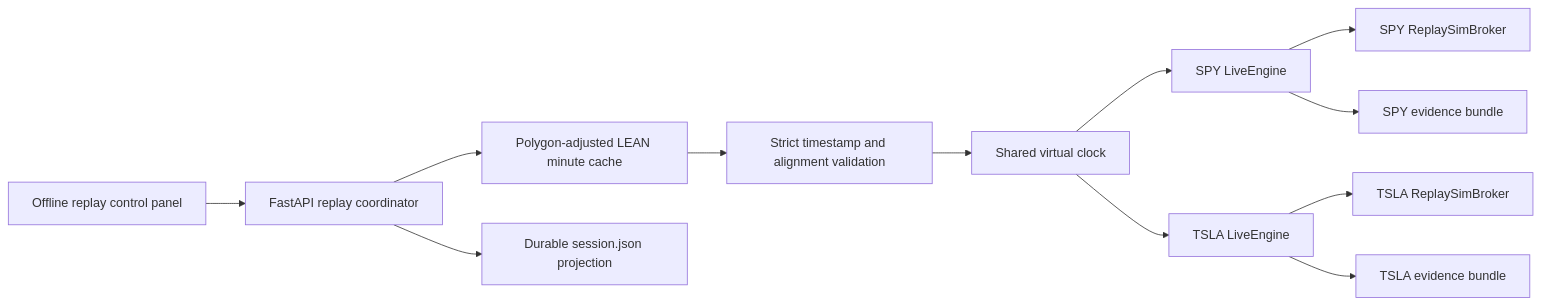
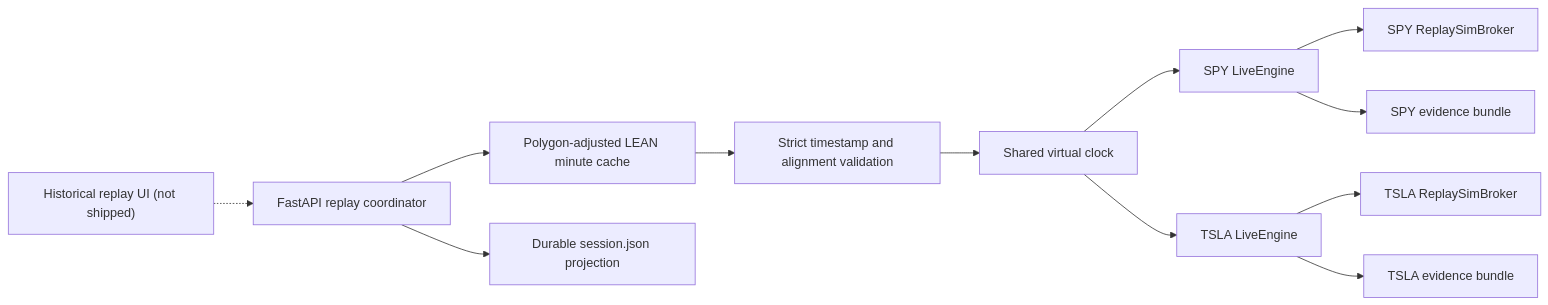
One commit to tim1016/learn-ai changed the diagram in docs/architecture/offline-market-replay.md. Above: the diagram before and after it, drawn with Mermaid.

Commit message:
clarify replay UI retirement

````diff
--- a/docs/architecture/offline-market-replay.md
+++ b/docs/architecture/offline-market-replay.md
@@ -56,14 +56,14 @@
 ```mermaid
 flowchart LR
-    C["Offline replay control panel"] --> A["FastAPI replay coordinator"]
+    C["Historical replay UI (not shipped)"] -.-> A["FastAPI replay coordinator"]
     A --> D["Polygon-adjusted LEAN minute cache"]
     D --> V["Strict timestamp and alignment validation"]
     V --> K["Shared virtual clock"]
     K --> S["SPY LiveEngine"]
     K --> T["TSLA LiveEngine"]
     S --> BS["SPY ReplaySimBroker"]
     T --> BT["TSLA ReplaySimBroker"]
     S --> ES["SPY evidence bundle"]
     T --> ET["TSLA evidence bundle"]
     A --> P["Durable session.json projection"]
 ```
````
